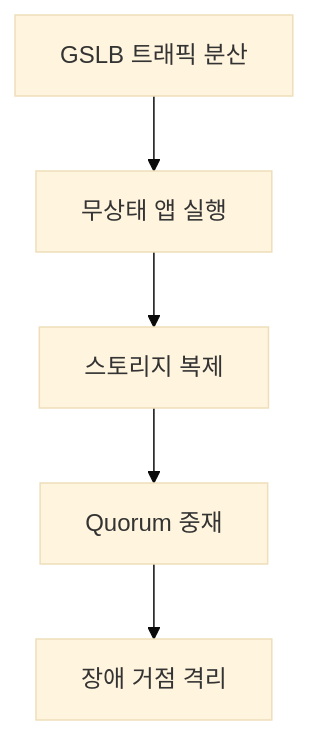
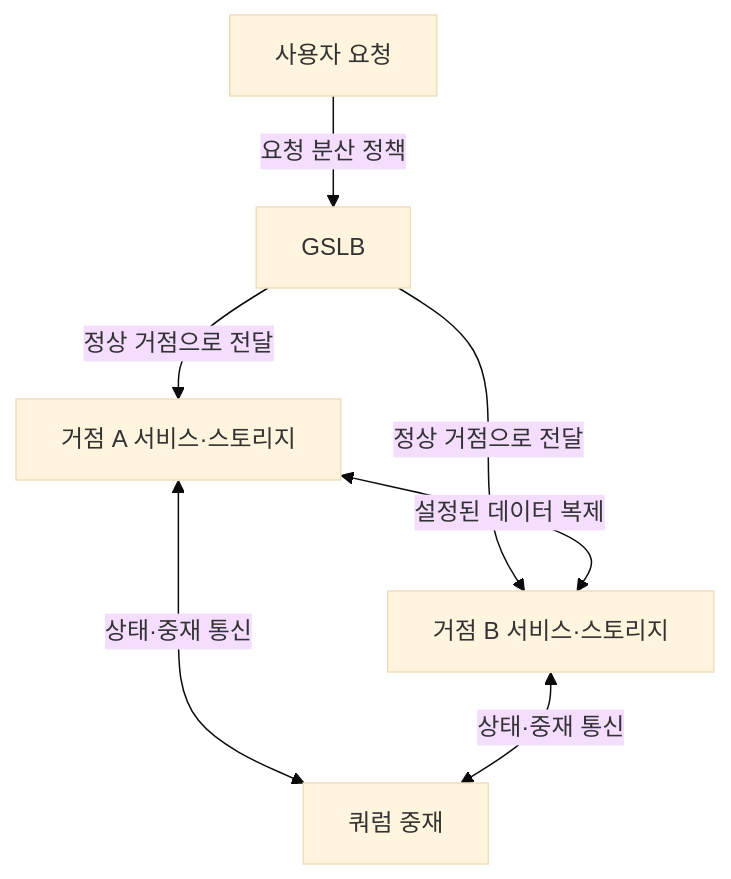
One commit to agnusdei1207/study changed the first of 3 diagrams in src/content/docs/notes/itpe/01-it-strategy/027_active_active_storage_dr.md. Above: the diagram before and after it, drawn with Mermaid (base theme). The commit also changed other lines of this file and 4 other files, not shown here.

````diff
--- a/src/content/docs/notes/itpe/01-it-strategy/027_active_active_storage_dr.md
+++ b/src/content/docs/notes/itpe/01-it-strategy/027_active_active_storage_dr.md
@@ -56,7 +59,9 @@
 ```mermaid
 flowchart TD
-    A["GSLB 트래픽 분산"] --> B["무상태 앱 실행"]
-    B --> C["스토리지 복제"]
-    C --> D["Quorum 중재"]
-    D --> E["장애 거점 격리"]
+    U["사용자 요청"] -->|요청 분산 정책| G["GSLB"]
+    G -->|정상 거점으로 전달| A["거점 A 서비스·스토리지"]
+    G -->|정상 거점으로 전달| B["거점 B 서비스·스토리지"]
+    A <-->|설정된 데이터 복제| B
+    A <-->|상태·중재 통신| W["쿼럼 중재"]
+    B <-->|상태·중재 통신| W
 ```
````
